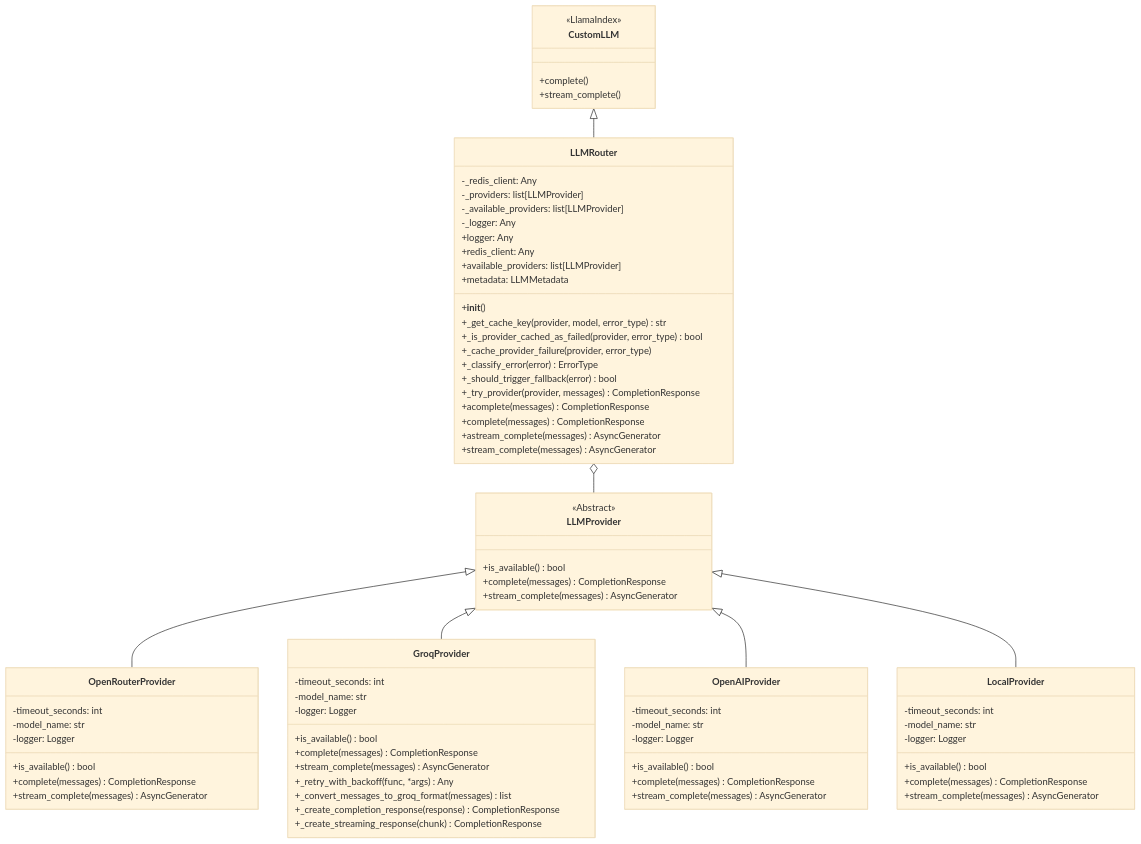
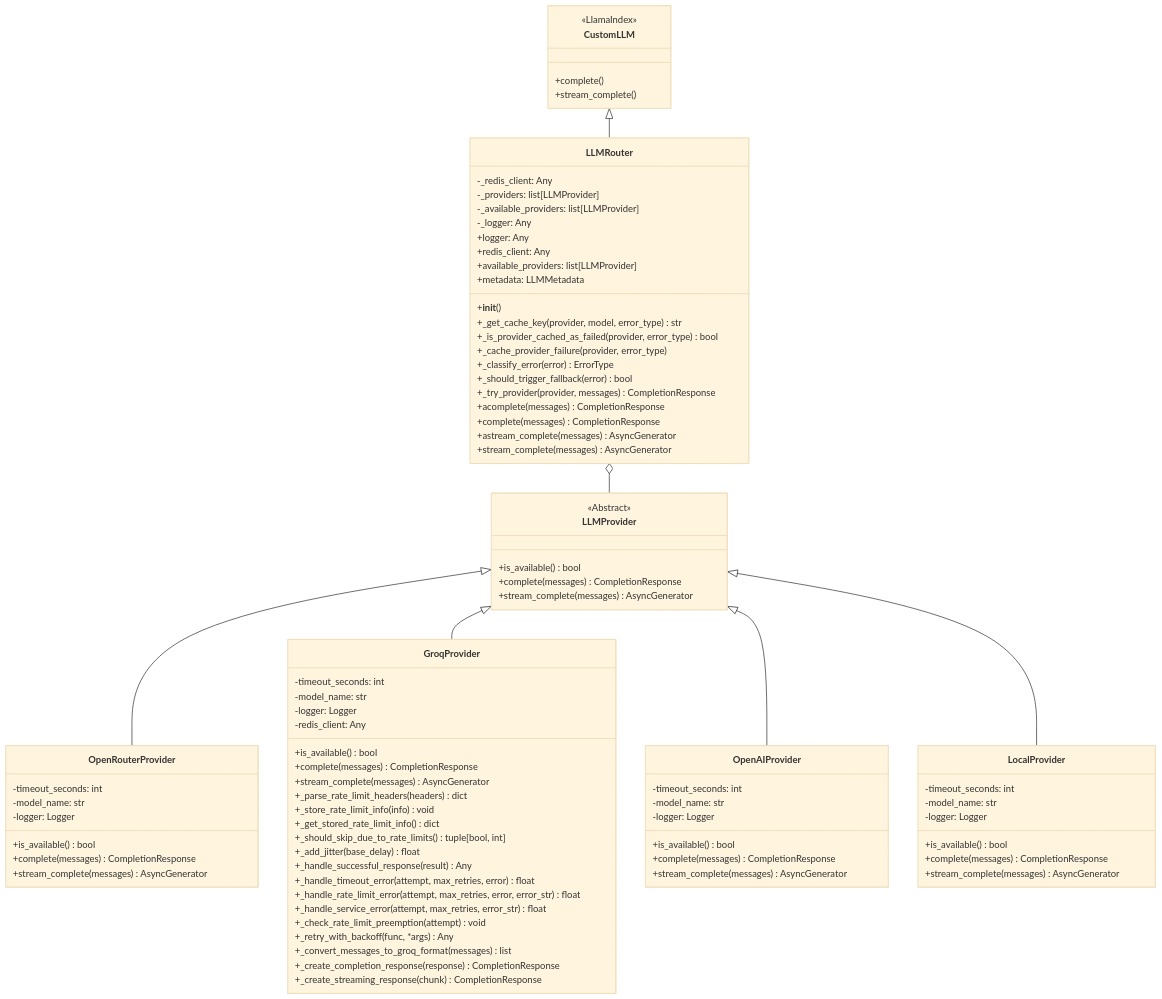
Before and after one commit to aemreusta/rag-api-for-docs: the diagram in docs/diagrams/llm_router_classes.mmd, drawn with Mermaid (base theme). The commit also changed 2 other files, not shown here.

```diff
--- a/docs/diagrams/llm_router_classes.mmd
+++ b/docs/diagrams/llm_router_classes.mmd
@@ -1,82 +1,93 @@
 classDiagram
     class CustomLLM {
         <<LlamaIndex>>
         +complete()
         +stream_complete()
     }
     
     class LLMProvider {
         <<Abstract>>
         +is_available() bool
         +complete(messages) CompletionResponse
         +stream_complete(messages) AsyncGenerator
     }
     
     class OpenRouterProvider {
         -timeout_seconds: int
         -model_name: str
         -logger: Logger
         +is_available() bool
         +complete(messages) CompletionResponse
         +stream_complete(messages) AsyncGenerator
     }
     
     class GroqProvider {
         -timeout_seconds: int
         -model_name: str
         -logger: Logger
+        -redis_client: Any
         +is_available() bool
         +complete(messages) CompletionResponse
         +stream_complete(messages) AsyncGenerator
+        +_parse_rate_limit_headers(headers) dict
+        +_store_rate_limit_info(info) void
+        +_get_stored_rate_limit_info() dict
+        +_should_skip_due_to_rate_limits() tuple[bool, int]
+        +_add_jitter(base_delay) float
+        +_handle_successful_response(result) Any
+        +_handle_timeout_error(attempt, max_retries, error) float
+        +_handle_rate_limit_error(attempt, max_retries, error, error_str) float
+        +_handle_service_error(attempt, max_retries, error_str) float
+        +_check_rate_limit_preemption(attempt) void
         +_retry_with_backoff(func, *args) Any
         +_convert_messages_to_groq_format(messages) list
         +_create_completion_response(response) CompletionResponse
         +_create_streaming_response(chunk) CompletionResponse
     }
     
     class OpenAIProvider {
         -timeout_seconds: int
         -model_name: str
         -logger: Logger
         +is_available() bool
         +complete(messages) CompletionResponse
         +stream_complete(messages) AsyncGenerator
     }
     
     class LocalProvider {
         -timeout_seconds: int
         -model_name: str
         -logger: Logger
         +is_available() bool
         +complete(messages) CompletionResponse
         +stream_complete(messages) AsyncGenerator
     }
     
     class LLMRouter {
         -_redis_client: Any
         -_providers: list[LLMProvider]
         -_available_providers: list[LLMProvider]
         -_logger: Any
         +logger: Any
         +__init__()
         +redis_client: Any
         +available_providers: list[LLMProvider]
         +metadata: LLMMetadata
         +_get_cache_key(provider, model, error_type) str
         +_is_provider_cached_as_failed(provider, error_type) bool
         +_cache_provider_failure(provider, error_type)
         +_classify_error(error) ErrorType
         +_should_trigger_fallback(error) bool
         +_try_provider(provider, messages) CompletionResponse
         +acomplete(messages) CompletionResponse
         +complete(messages) CompletionResponse
         +astream_complete(messages) AsyncGenerator
         +stream_complete(messages) AsyncGenerator
     }
     
     CustomLLM <|-- LLMRouter
     LLMProvider <|-- OpenRouterProvider
     LLMProvider <|-- GroqProvider
     LLMProvider <|-- OpenAIProvider
     LLMProvider <|-- LocalProvider
     LLMRouter o-- LLMProvider 
```
